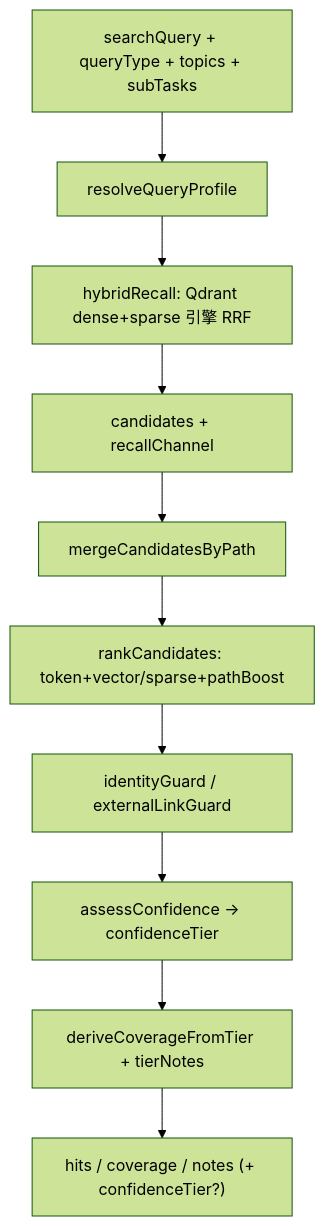
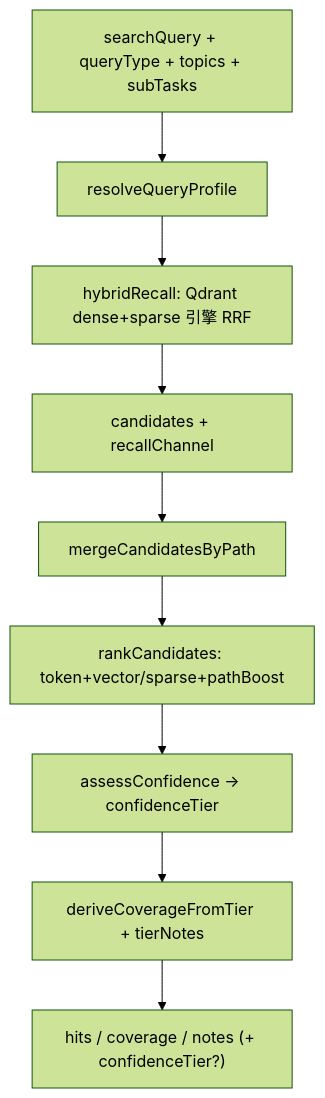
One commit to panzhanfei/agent changed the sixth of 12 diagrams in docs/02-agent-flows.md. Above: the diagram before and after it, drawn with Mermaid (forest theme). The commit also changed other lines of this file and 13 other files, not shown here.

````diff
--- a/docs/02-agent-flows.md
+++ b/docs/02-agent-flows.md
@@ -306,12 +306,11 @@
 ```mermaid
 flowchart TD
   IN["searchQuery + queryType + topics + subTasks"] --> PROFILE["resolveQueryProfile"]
   PROFILE --> HY["hybridRecall: Qdrant dense+sparse 引擎 RRF"]
   HY --> RAW[candidates + recallChannel]
   RAW --> CAND[mergeCandidatesByPath]
   CAND --> RULE["rankCandidates: token+vector/sparse+pathBoost"]
-  RULE --> GUARD["identityGuard / externalLinkGuard"]
-  GUARD --> TIER["assessConfidence → confidenceTier"]
+  RULE --> TIER["assessConfidence → confidenceTier"]
   TIER --> COV["deriveCoverageFromTier + tierNotes"]
   COV --> OUT["hits / coverage / notes (+ confidenceTier?)"]
 ```
````
